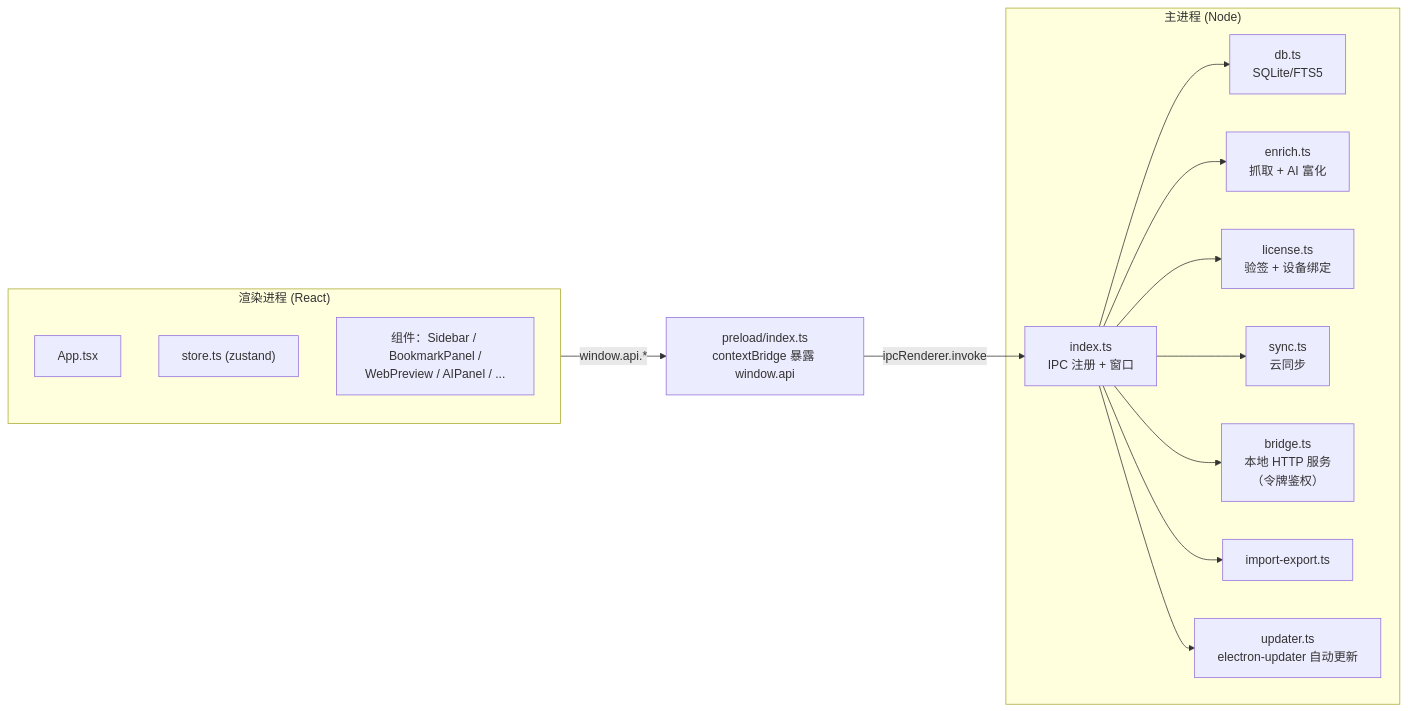
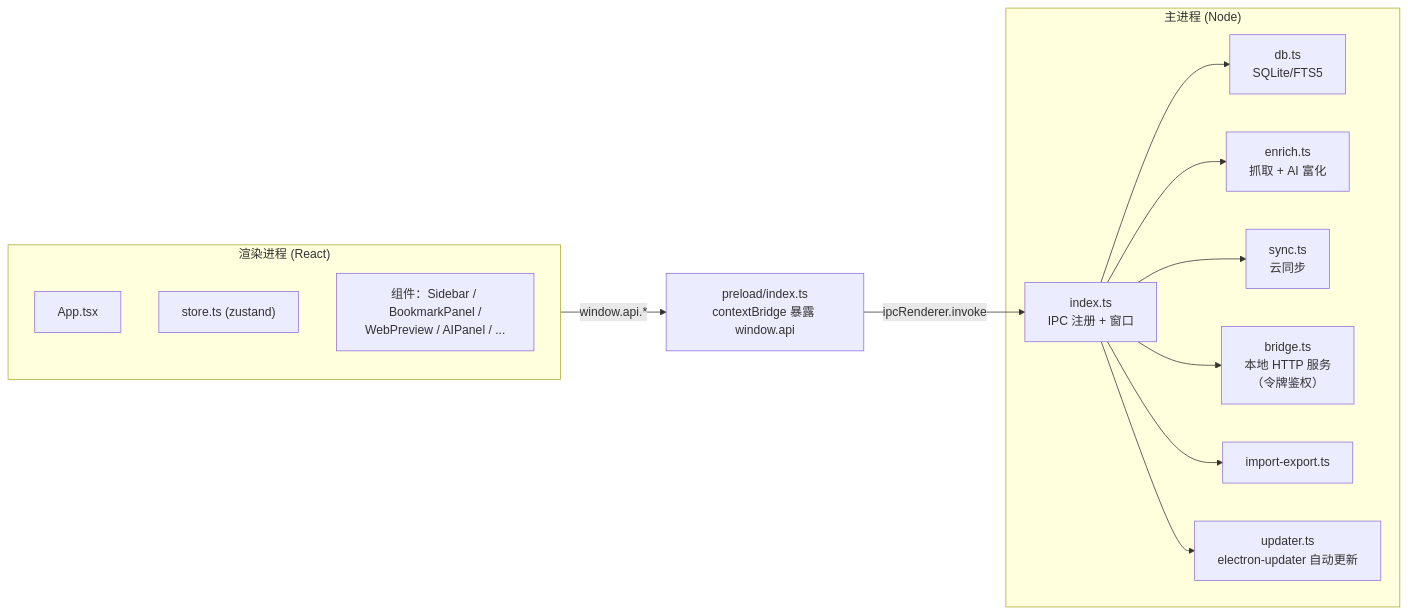
One commit to gatesenman/zhizang changed the second of 2 diagrams in wiki/01-Architecture.md. Above: the diagram before and after it, drawn with Mermaid. The commit also changed other lines of this file and 44 other files, not shown here.

````diff
--- a/wiki/01-Architecture.md
+++ b/wiki/01-Architecture.md
@@ -46,29 +46,27 @@
 ```mermaid
 graph LR
   subgraph Main["主进程 (Node)"]
     Index["index.ts\nIPC 注册 + 窗口"]
     DB["db.ts\nSQLite/FTS5"]
     Enrich["enrich.ts\n抓取 + AI 富化"]
-    License["license.ts\n验签 + 设备绑定"]
     Sync["sync.ts\n云同步"]
     BridgeM["bridge.ts\n本地 HTTP 服务\n（令牌鉴权）"]
     IO["import-export.ts"]
     Updater["updater.ts\nelectron-updater 自动更新"]
   end
   subgraph Renderer["渲染进程 (React)"]
     App["App.tsx"]
     Store["store.ts (zustand)"]
     Comps["组件：Sidebar / BookmarkPanel /\nWebPreview / AIPanel / ..."]
   end
   Preload["preload/index.ts\ncontextBridge 暴露 window.api"]
 
   Renderer -->|window.api.*| Preload
   Preload -->|ipcRenderer.invoke| Index
   Index --> DB
   Index --> Enrich
-  Index --> License
   Index --> Sync
   Index --> BridgeM
   Index --> IO
   Index --> Updater
 ```
````
